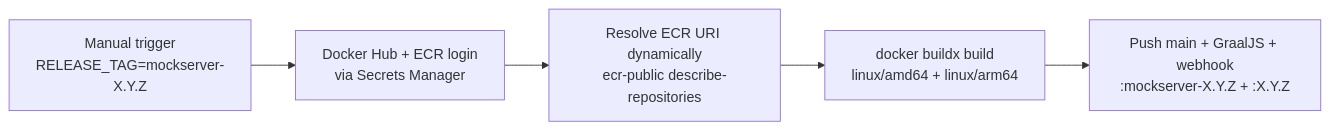
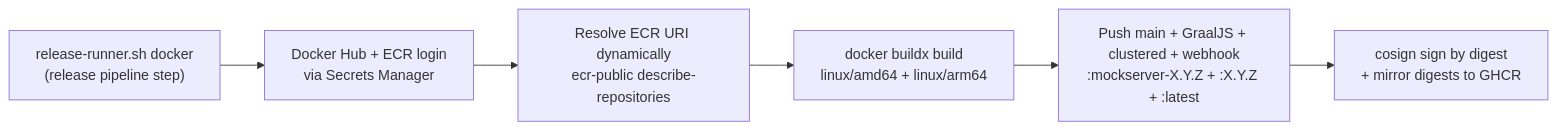
The fifth of 7 diagrams in docs/infrastructure/ci-cd.md (sean8601/mockserver-monorepo), drawn with Mermaid before and after one commit. The commit also changed other lines of this file and 7 other files, not shown here.

First line of the commit message:
chore(ci): remove unused docker-push-release pipeline

````diff
--- a/docs/infrastructure/ci-cd.md
+++ b/docs/infrastructure/ci-cd.md
@@ -297,12 +293,14 @@
 ```mermaid
 flowchart LR
-    TRIGGER["Manual trigger
-RELEASE_TAG=mockserver-X.Y.Z"] --> LOGIN["Docker Hub + ECR login
+    TRIGGER["release-runner.sh docker
+(release pipeline step)"] --> LOGIN["Docker Hub + ECR login
 via Secrets Manager"]
     LOGIN --> ECR_RESOLVE["Resolve ECR URI dynamically
 ecr-public describe-repositories"]
     ECR_RESOLVE --> BUILD["docker buildx build
 linux/amd64 + linux/arm64"]
-    BUILD --> PUSH["Push main + GraalJS + webhook
-:mockserver-X.Y.Z + :X.Y.Z"]
+    BUILD --> PUSH["Push main + GraalJS + clustered + webhook
+:mockserver-X.Y.Z + :X.Y.Z + :latest"]
+    PUSH --> SIGN["cosign sign by digest
++ mirror digests to GHCR"]
 ```
````
